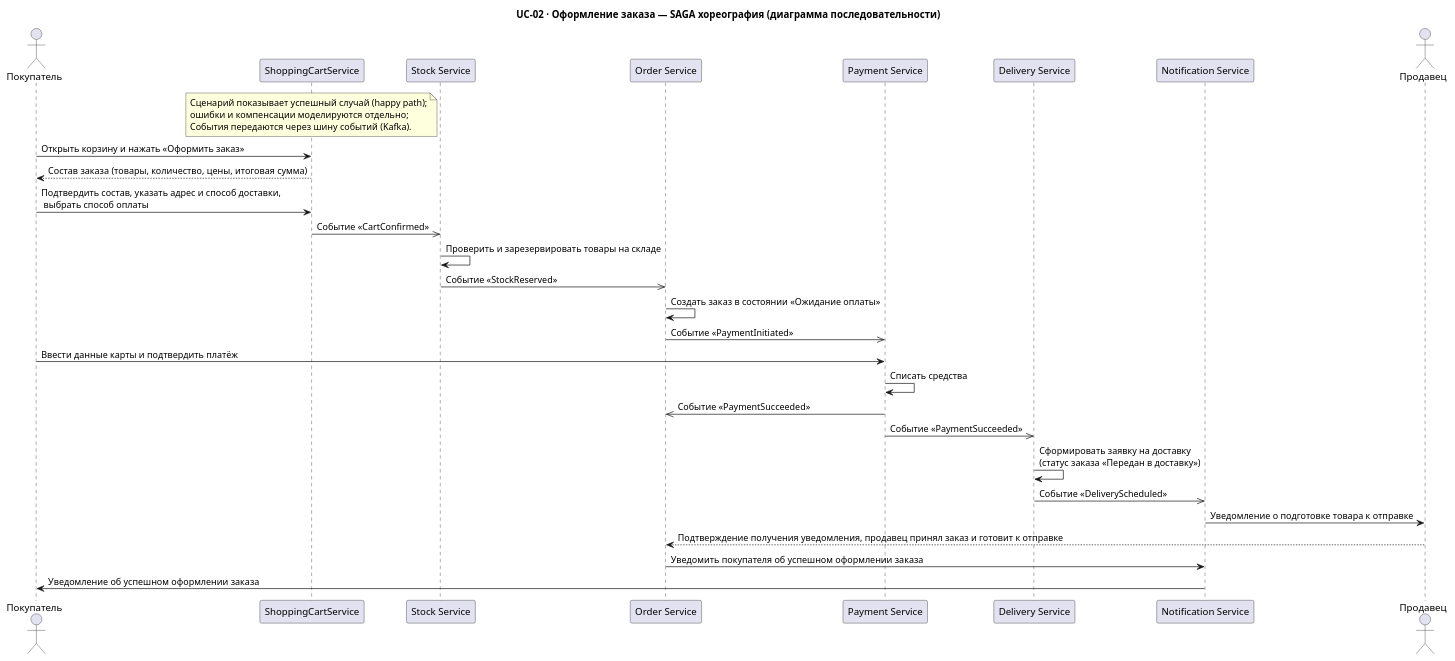
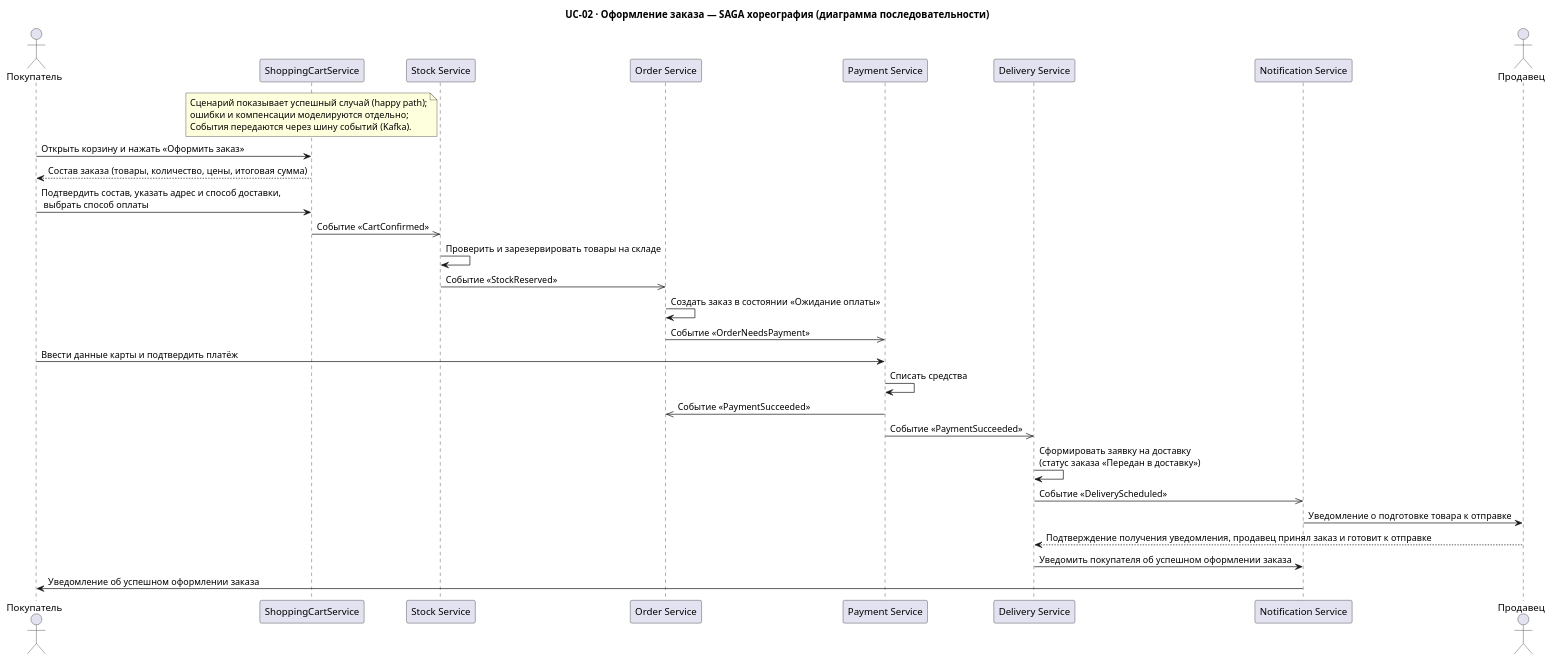
Before and after one commit to Babikoff/MSA-3-NovaMarket: the diagram in Task1/seq-order-placement-choreography-happy-path.puml, drawn with PlantUML. The commit also changed 13 other files, not shown here.

```diff
--- a/Task1/seq-order-placement-choreography-happy-path.puml
+++ b/Task1/seq-order-placement-choreography-happy-path.puml
@@ -1,43 +1,43 @@
 @startuml
 title UC-02 · Оформление заказа — SAGA хореография (диаграмма последовательности)
 
 note over ShoppingCartService : Сценарий показывает успешный случай (happy path);\nошибки и компенсации моделируются отдельно;\nСобытия передаются через шину событий (Kafka).
 
 actor "Покупатель" as buyer
 participant "Shopping Cart Service" as ShoppingCartService
 participant "Stock Service" as StockService
 participant "Order Service" as OrderService
 participant "Payment Service" as PaymentService
 participant "Delivery Service" as DeliveryService
 participant "Notification Service" as NotificationService
 actor "Продавец" as seller
 
 buyer -> ShoppingCartService : Открыть корзину и нажать «Оформить заказ»
 ShoppingCartService --> buyer : Состав заказа (товары, количество, цены, итоговая сумма)
 
 buyer -> ShoppingCartService : Подтвердить состав, указать адрес и способ доставки,\n выбрать способ оплаты
 
 ShoppingCartService ->> StockService : Событие «CartConfirmed»
 
 StockService -> StockService : Проверить и зарезервировать товары на складе
 StockService ->> OrderService : Событие «StockReserved»
 
 OrderService -> OrderService : Создать заказ в состоянии «Ожидание оплаты»
-OrderService ->> PaymentService : Событие «PaymentInitiated»
+OrderService ->> PaymentService : Событие «OrderNeedsPayment»
 
 buyer -> PaymentService : Ввести данные карты и подтвердить платёж
 PaymentService -> PaymentService : Списать средства
 
 PaymentService ->> OrderService : Событие «PaymentSucceeded»
 PaymentService ->> DeliveryService : Событие «PaymentSucceeded»
 
 DeliveryService -> DeliveryService : Сформировать заявку на доставку\n(статус заказа «Передан в доставку»)
 DeliveryService ->> NotificationService : Событие «DeliveryScheduled»
 
 NotificationService -> seller : Уведомление о подготовке товара к отправке
-seller --> OrderService : Подтверждение получения уведомления, продавец принял заказ и готовит к отправке
+seller --> DeliveryService : Подтверждение получения уведомления, продавец принял заказ и готовит к отправке
 
-OrderService -> NotificationService : Уведомить покупателя об успешном оформлении заказа
+DeliveryService -> NotificationService : Уведомить покупателя об успешном оформлении заказа
 NotificationService -> buyer : Уведомление об успешном оформлении заказа
 
 @enduml
```
